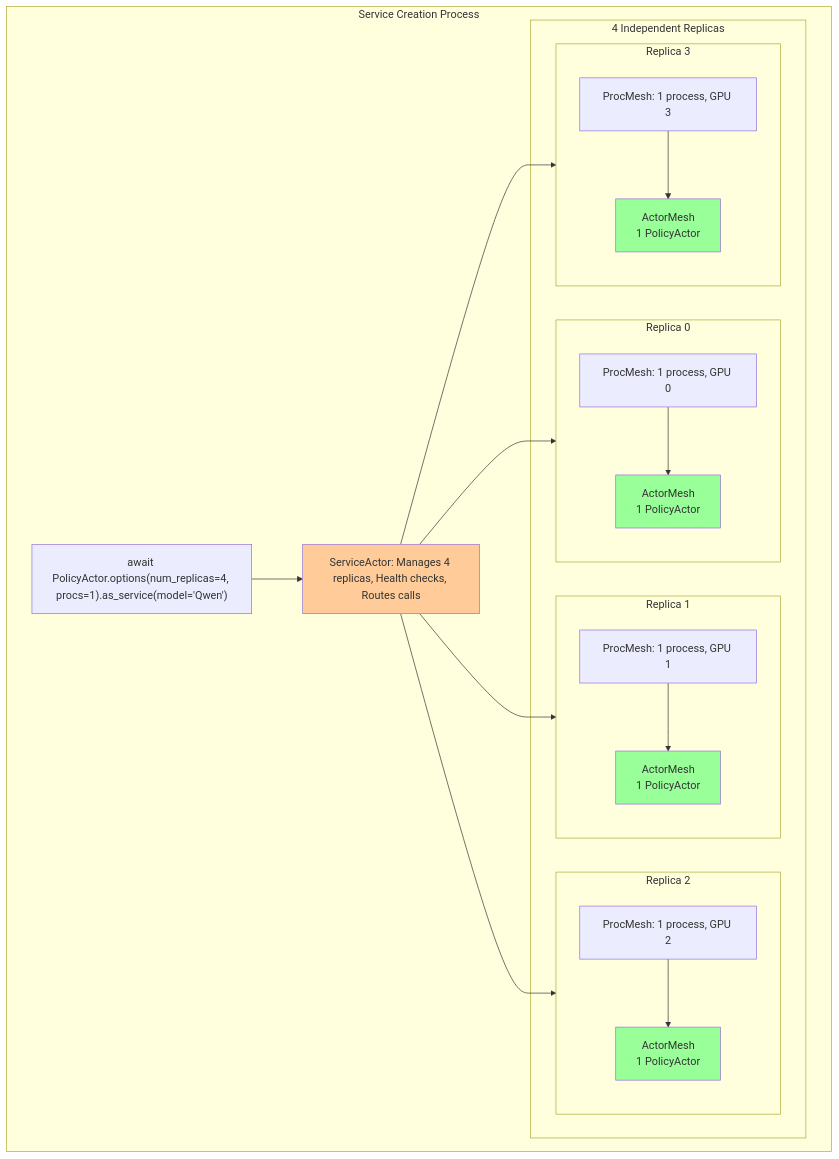
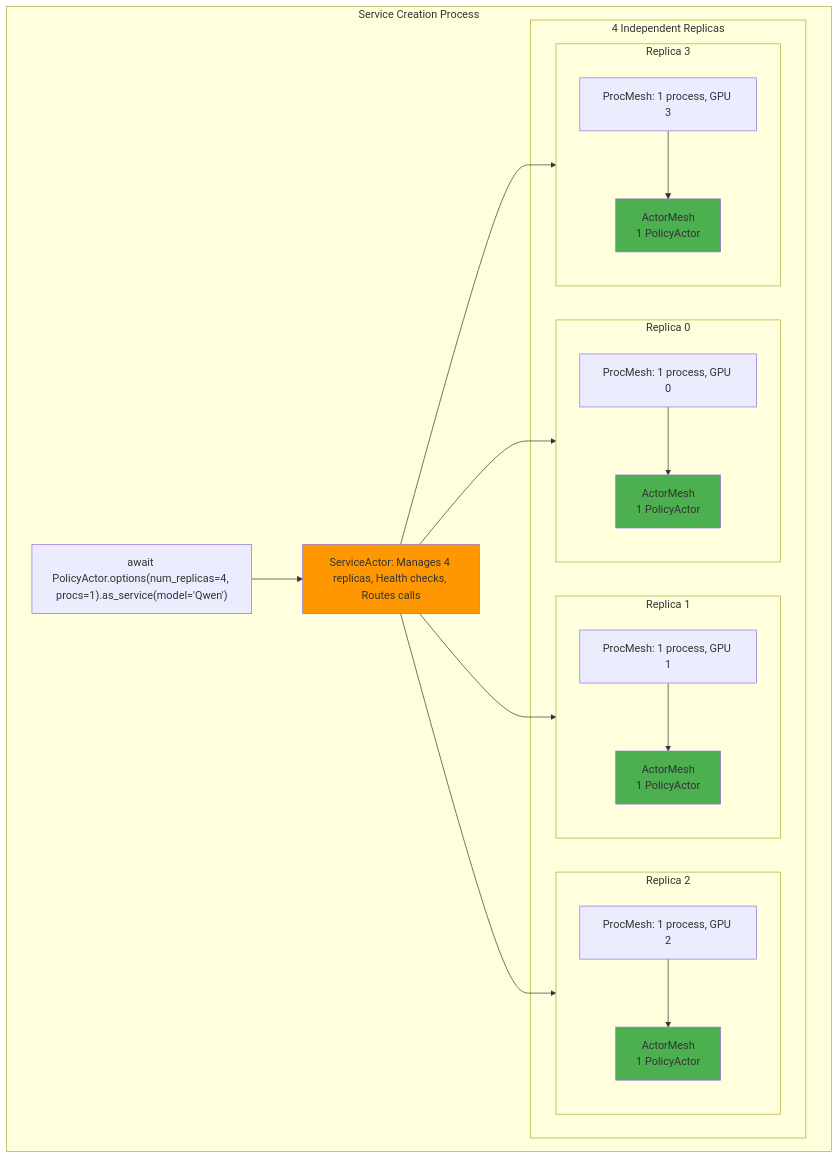
The sixth of 8 diagrams in docs/Tutorials/3_Monarch_101.MD (meta-pytorch/torchforge), drawn with Mermaid before and after one commit. The commit also changed other lines of this file and 2 other files, not shown here.

````diff
--- a/docs/Tutorials/3_Monarch_101.MD
+++ b/docs/Tutorials/3_Monarch_101.MD
@@ -274,46 +274,46 @@
 ```mermaid
 graph TD
     subgraph ServiceCreation["Service Creation Process"]
         Call["await PolicyActor.options(num_replicas=4, procs=1).as_service(model='Qwen')"]
 
         ServiceActor["ServiceActor: Manages 4 replicas, Health checks, Routes calls"]
 
         subgraph Replicas["4 Independent Replicas"]
             subgraph R0["Replica 0"]
                 PM0["ProcMesh: 1 process, GPU 0"]
                 AM0["ActorMesh<br/>1 PolicyActor"]
             end
 
             subgraph R1["Replica 1"]
                 PM1["ProcMesh: 1 process, GPU 1"]
                 AM1["ActorMesh<br/>1 PolicyActor"]
             end
 
             subgraph R2["Replica 2"]
                 PM2["ProcMesh: 1 process, GPU 2"]
                 AM2["ActorMesh<br/>1 PolicyActor"]
             end
 
             subgraph R3["Replica 3"]
                 PM3["ProcMesh: 1 process, GPU 3"]
                 AM3["ActorMesh<br/>1 PolicyActor"]
             end
         end
 
         Call --> ServiceActor
         ServiceActor --> R0
         ServiceActor --> R1
         ServiceActor --> R2
         ServiceActor --> R3
         PM0 --> AM0
         PM1 --> AM1
         PM2 --> AM2
         PM3 --> AM3
     end
 
-    style ServiceActor fill:#ffcc99
-    style AM0 fill:#99ff99
-    style AM1 fill:#99ff99
-    style AM2 fill:#99ff99
-    style AM3 fill:#99ff99
+    style ServiceActor fill:#FF9800
+    style AM0 fill:#4CAF50
+    style AM1 fill:#4CAF50
+    style AM2 fill:#4CAF50
+    style AM3 fill:#4CAF50
 ```
````
